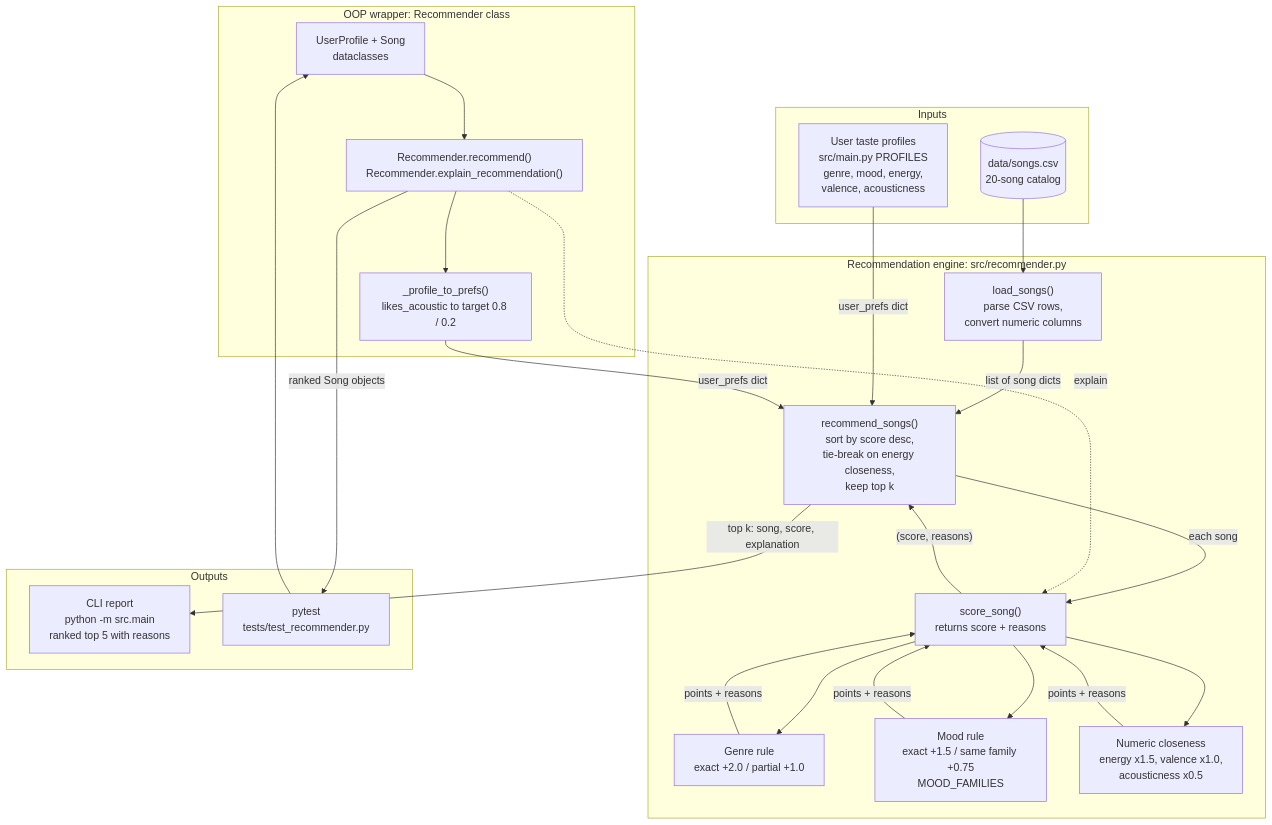
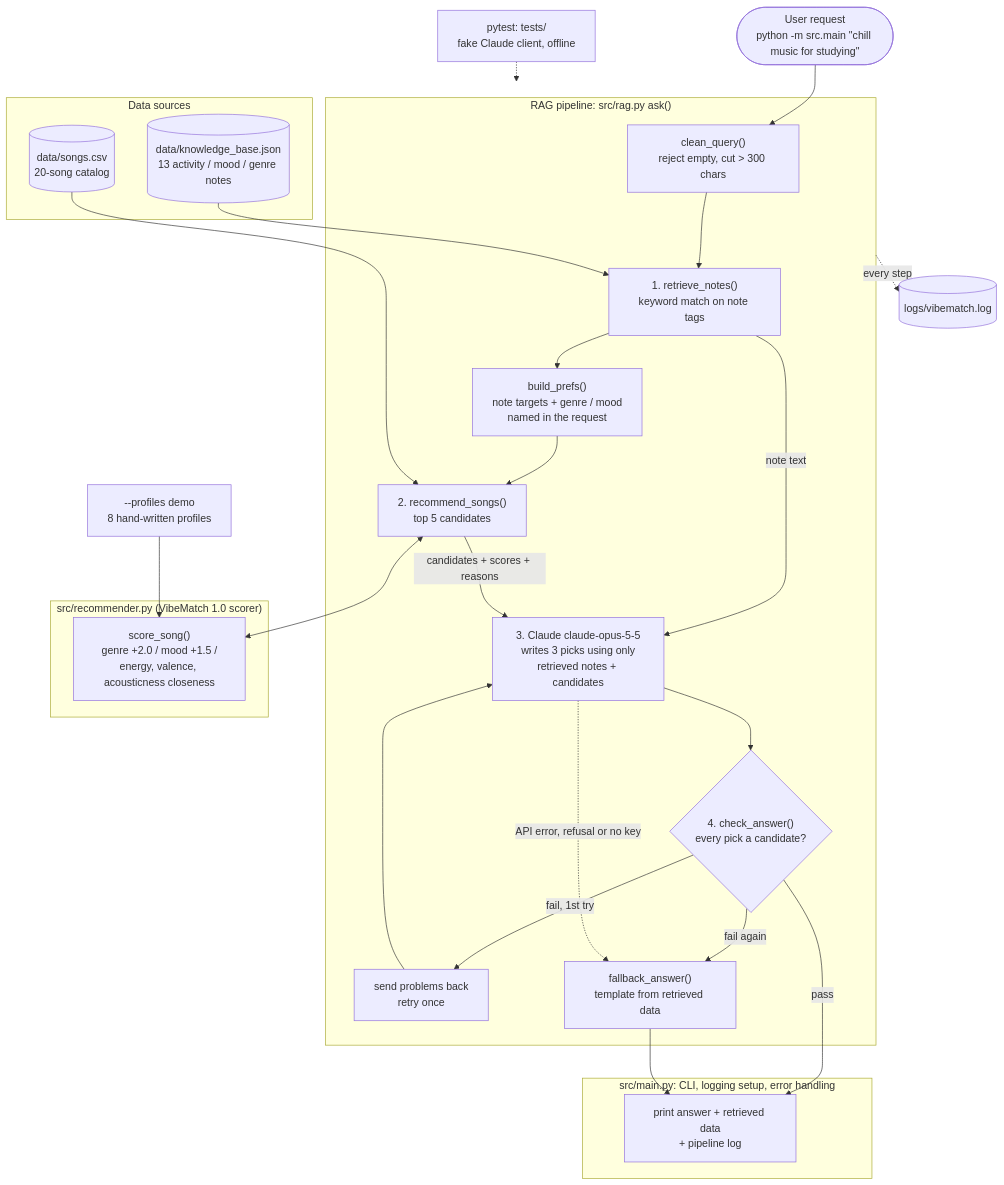
One commit to AkhilRB0204/applied-ai-system-project changed the diagram in diagrams/architecture.md. Above: the diagram before and after it, drawn with Mermaid. The commit also changed other lines of this file and 9 other files, not shown here.

First line of the commit message:
Refactor VibeMatch architecture and enhance RAG pipeline

````diff
--- a/diagrams/architecture.md
+++ b/diagrams/architecture.md
@@ -5,45 +5,49 @@
 ```mermaid
 flowchart TD
-    subgraph Inputs["Inputs"]
+    User(["User request<br/>python -m src.main &quot;chill music for studying&quot;"])
+
+    subgraph Data["Data sources"]
         CSV[("data/songs.csv<br/>20-song catalog")]
-        Profiles["User taste profiles<br/>src/main.py PROFILES<br/>genre, mood, energy,<br/>valence, acousticness"]
+        KB[("data/knowledge_base.json<br/>13 activity / mood / genre notes")]
     end
 
-    subgraph Engine["Recommendation engine: src/recommender.py"]
-        Load["load_songs()<br/>parse CSV rows,<br/>convert numeric columns"]
-        Score["score_song()<br/>returns score + reasons"]
-        Genre["Genre rule<br/>exact +2.0 / partial +1.0"]
-        Mood["Mood rule<br/>exact +1.5 / same family +0.75<br/>MOOD_FAMILIES"]
-        Numeric["Numeric closeness<br/>energy x1.5, valence x1.0,<br/>acousticness x0.5"]
-        Rank["recommend_songs()<br/>sort by score desc,<br/>tie-break on energy closeness,<br/>keep top k"]
+    subgraph App["src/main.py: CLI, logging setup, error handling"]
+        Print["print answer + retrieved data<br/>+ pipeline log"]
     end
 
-    subgraph OOP["OOP wrapper: Recommender class"]
-        UP["UserProfile + Song<br/>dataclasses"]
-        Adapter["_profile_to_prefs()<br/>likes_acoustic to target 0.8 / 0.2"]
-        RecAPI["Recommender.recommend()<br/>Recommender.explain_recommendation()"]
+    subgraph RAG["RAG pipeline: src/rag.py ask()"]
+        Guard["clean_query()<br/>reject empty, cut > 300 chars"]
+        Notes["1. retrieve_notes()<br/>keyword match on note tags"]
+        Prefs["build_prefs()<br/>note targets + genre / mood<br/>named in the request"]
+        Songs["2. recommend_songs()<br/>top 5 candidates"]
+        Gen["3. Claude claude-opus-5-5<br/>writes 3 picks using only<br/>retrieved notes + candidates"]
+        Check{"4. check_answer()<br/>every pick a candidate?"}
+        Retry["send problems back<br/>retry once"]
+        Fallback["fallback_answer()<br/>template from retrieved data"]
     end
 
-    subgraph Outputs["Outputs"]
-        CLI["CLI report<br/>python -m src.main<br/>ranked top 5 with reasons"]
-        Tests["pytest<br/>tests/test_recommender.py"]
+    subgraph Scorer["src/recommender.py (VibeMatch 1.0 scorer)"]
+        Score["score_song()<br/>genre +2.0 / mood +1.5 /<br/>energy, valence, acousticness closeness"]
     end
 
-    CSV --> Load
-    Load -->|"list of song dicts"| Rank
-    Profiles -->|"user_prefs dict"| Rank
-    Rank -->|"each song"| Score
-    Score --> Genre
-    Score --> Mood
-    Score --> Numeric
-    Genre & Mood & Numeric -->|"points + reasons"| Score
-    Score -->|"(score, reasons)"| Rank
-    Rank -->|"top k: song, score, explanation"| CLI
+    Log[("logs/vibematch.log")]
+    Profiles["--profiles demo<br/>8 hand-written profiles"]
+    Tests["pytest: tests/<br/>fake Claude client, offline"]
 
-    Tests --> UP
-    UP --> RecAPI
-    RecAPI --> Adapter
-    Adapter -->|"user_prefs dict"| Rank
-    RecAPI -.->|"explain"| Score
-    RecAPI -->|"ranked Song objects"| Tests
+    User --> Guard --> Notes
+    KB --> Notes
+    Notes --> Prefs --> Songs
+    CSV --> Songs
+    Songs <--> Score
+    Notes -->|"note text"| Gen
+    Songs -->|"candidates + scores + reasons"| Gen
+    Gen --> Check
+    Check -->|"pass"| Print
+    Check -->|"fail, 1st try"| Retry --> Gen
+    Check -->|"fail again"| Fallback
+    Gen -.->|"API error, refusal or no key"| Fallback
+    Fallback --> Print
+    RAG -.->|"every step"| Log
+    Profiles --> Score
+    Tests -.-> RAG
 ```
````
